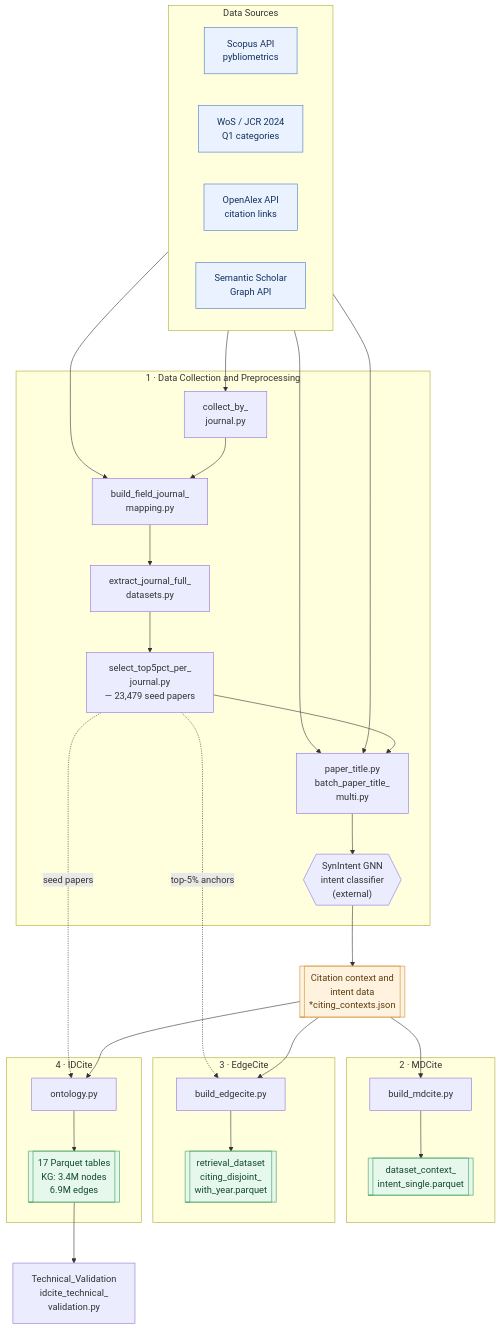
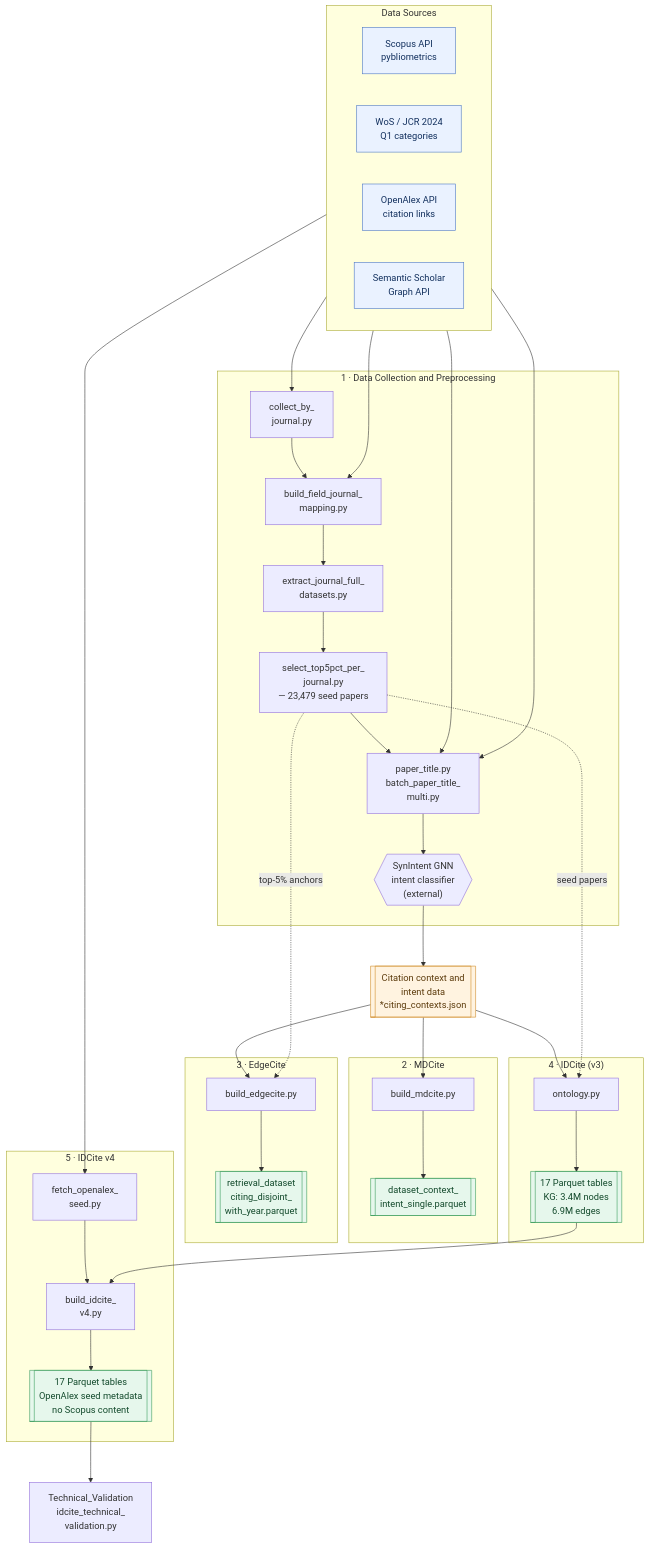
Before and after one commit to SeohyunNam/MDCite: the diagram in README.md, drawn with Mermaid. The commit also changed other lines of this file, not shown here.

Commit message:
Update README for IDCite v4 release

````diff
--- a/README.md
+++ b/README.md
@@ -17,54 +23,59 @@
 ```mermaid
 %%{init: {"flowchart": {"padding": 16, "nodeSpacing": 55, "rankSpacing": 70}}}%%
 flowchart TD
     subgraph SRC["Data Sources"]
         direction LR
         S1["Scopus API<br/>pybliometrics"]
         S2["WoS / JCR 2024<br/>Q1 categories"]
         S3["OpenAlex API<br/>citation links"]
         S4["Semantic Scholar<br/>Graph API"]
     end
 
     subgraph P1["1 · Data Collection and Preprocessing"]
         A1["collect_by_<br/>journal.py"]
         A2["build_field_journal_<br/>mapping.py"]
         A3["extract_journal_full_<br/>datasets.py"]
         A4["select_top5pct_per_<br/>journal.py<br/>— 23,479 seed papers"]
         A5["paper_title.py<br/>batch_paper_title_<br/>multi.py"]
         A6{{"SynIntent GNN<br/>intent classifier<br/>(external)"}}
         A1 --> A2 --> A3 --> A4 --> A5 --> A6
     end
 
     CTX[["Citation context and<br/>intent data<br/>*citing_contexts.json"]]
     A6 --> CTX
 
     subgraph P2["2 · MDCite"]
         B1["build_mdcite.py"] --> B2[["dataset_context_<br/>intent_single.parquet<br/>"]]
     end
     subgraph P3["3 · EdgeCite"]
         C1["build_edgecite.py"] --> C2[["retrieval_dataset<br/>citing_disjoint_<br/>with_year.parquet"]]
     end
-    subgraph P4["4 · IDCite"]
+    subgraph P4["4 · IDCite (v3)"]
         D1["ontology.py"] --> D2[["17 Parquet tables<br/>KG: 3.4M nodes<br/>6.9M edges"]]
+    end
+    subgraph P5["5 · IDCite v4"]
+        E1["fetch_openalex_<br/>seed.py"] --> E2["build_idcite_<br/>v4.py"] --> E3[["17 Parquet tables<br/>OpenAlex seed metadata<br/>no Scopus content"]]
     end
 
     VAL["Technical_Validation<br/>idcite_technical_<br/>validation.py"]
 
     S1 --> A1
     S2 --> A2
     S3 --> A5
     S4 --> A5
+    S3 --> E1
     CTX --> B1
     CTX --> C1
     CTX --> D1
     A4 -. "top-5% anchors" .-> C1
     A4 -. "seed papers" .-> D1
-    D2 --> VAL
+    D2 --> E2
+    E3 --> VAL
 
     classDef src fill:#eaf2ff,stroke:#4a76c4,color:#12305e;
     classDef out fill:#e6f7ec,stroke:#3a9d5d,color:#134a2c;
     classDef ctx fill:#fff3e0,stroke:#d18b28,color:#5c3b0c;
     class S1,S2,S3,S4 src;
-    class B2,C2,D2 out;
+    class B2,C2,D2,E3 out;
     class CTX ctx;
 ```
````
